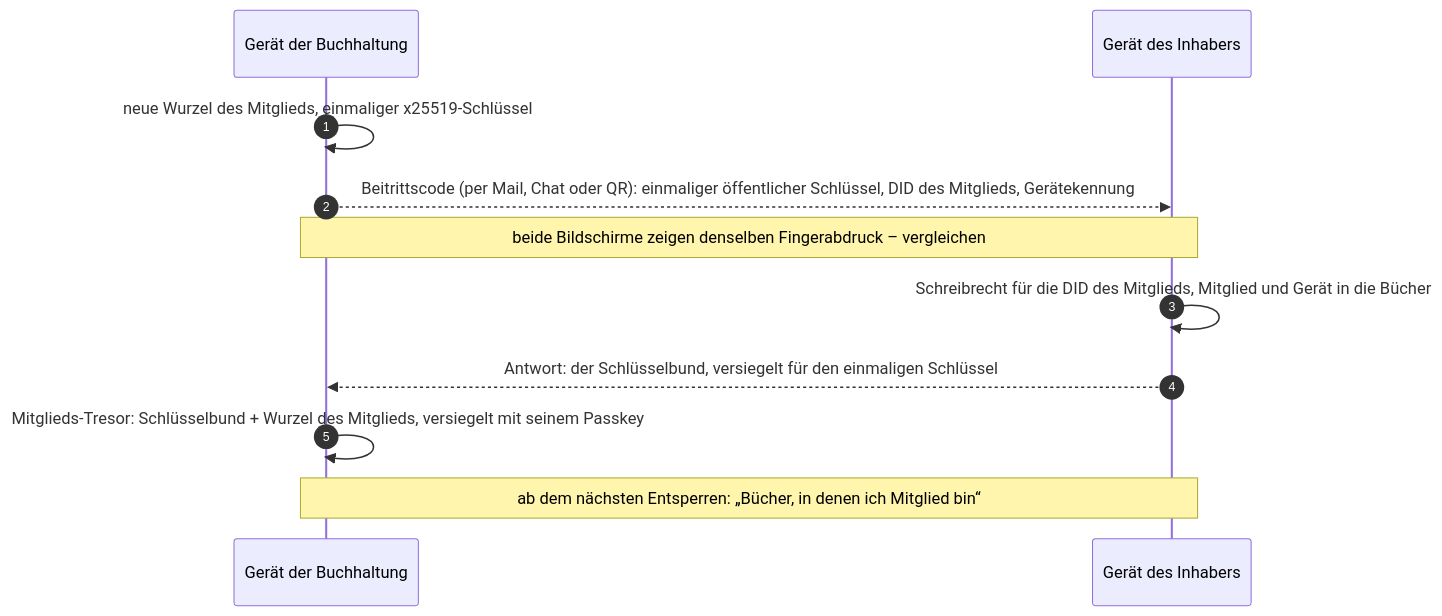
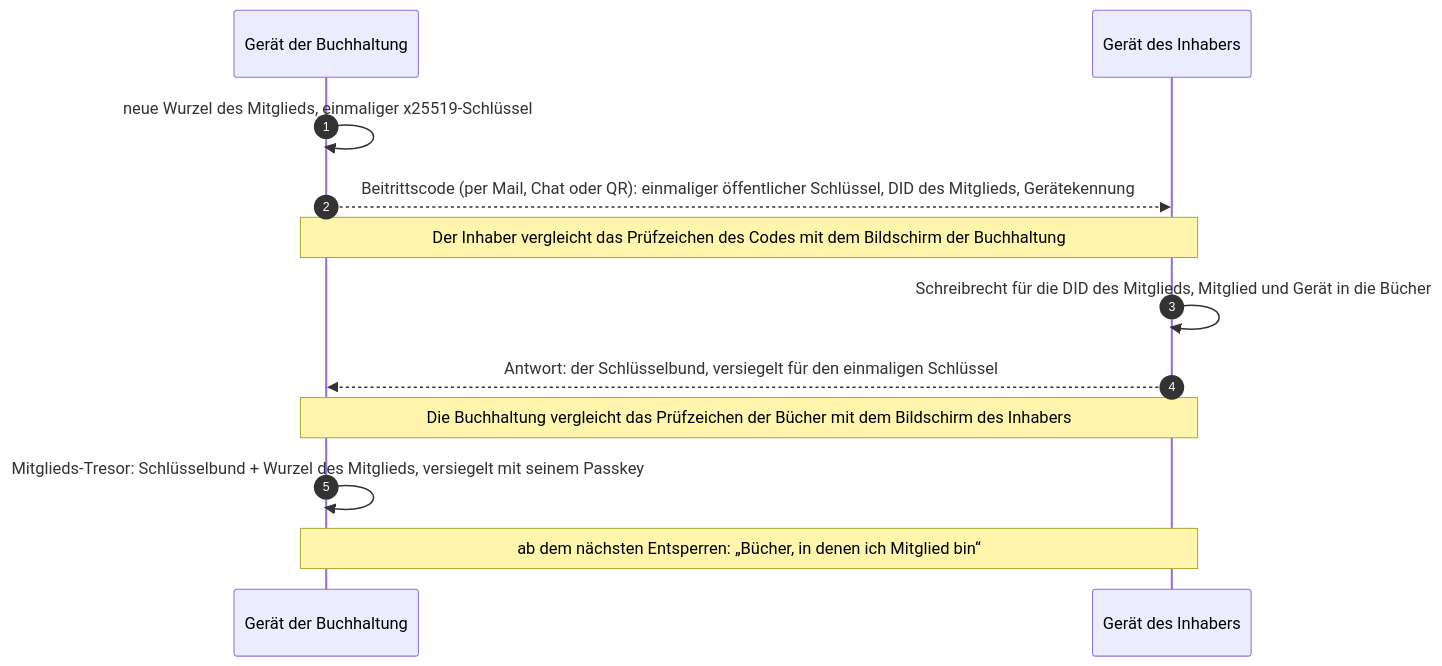
The diagram in docs/keys.de.md (Le-Space/belege), drawn with Mermaid before and after one commit. The commit also changed other lines of this file and 5 other files, not shown here.

````diff
--- a/docs/keys.de.md
+++ b/docs/keys.de.md
@@ -104,13 +105,14 @@
 ```mermaid
 sequenceDiagram
     autonumber
     participant M as Gerät der Buchhaltung
     participant O as Gerät des Inhabers
     M->>M: neue Wurzel des Mitglieds, einmaliger x25519-Schlüssel
     M-->>O: Beitrittscode (per Mail, Chat oder QR): einmaliger öffentlicher Schlüssel, DID des Mitglieds, Gerätekennung
-    Note over M,O: beide Bildschirme zeigen denselben Fingerabdruck – vergleichen
+    Note over M,O: Der Inhaber vergleicht das Prüfzeichen des Codes mit dem Bildschirm der Buchhaltung
     O->>O: Schreibrecht für die DID des Mitglieds, Mitglied und Gerät in die Bücher
     O-->>M: Antwort: der Schlüsselbund, versiegelt für den einmaligen Schlüssel
+    Note over M,O: Die Buchhaltung vergleicht das Prüfzeichen der Bücher mit dem Bildschirm des Inhabers
     M->>M: Mitglieds-Tresor: Schlüsselbund + Wurzel des Mitglieds, versiegelt mit seinem Passkey
     Note over M,O: ab dem nächsten Entsperren: „Bücher, in denen ich Mitglied bin“
 ```
````
